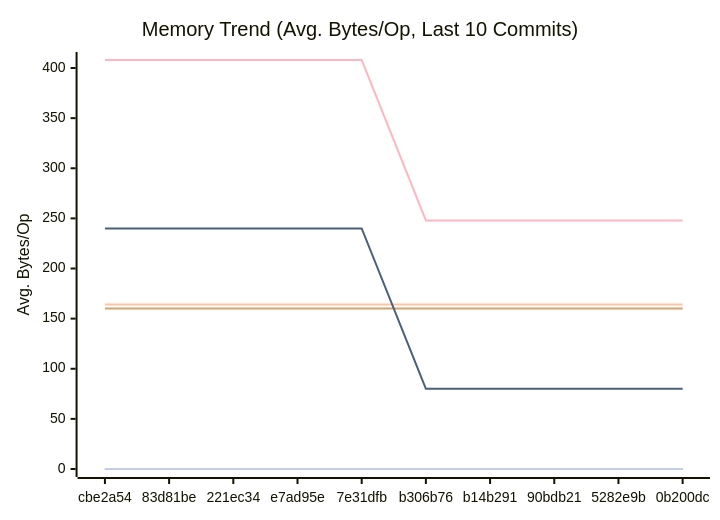
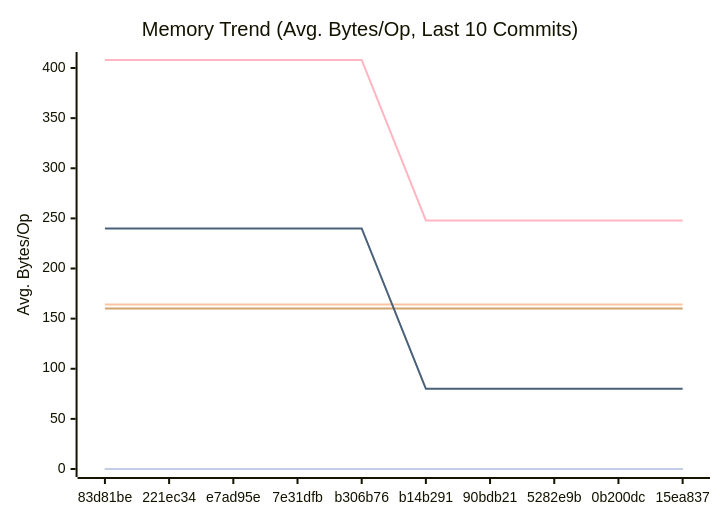
Before and after one commit to alsotoes/momo: the second of 3 diagrams in docs/PERFORMANCE.md, drawn with Mermaid. The commit also changed other lines of this file and 2 other files, not shown here.

````diff
--- a/docs/PERFORMANCE.md
+++ b/docs/PERFORMANCE.md
@@ -97,16 +97,16 @@
 ```mermaid
 xychart-beta
     title "Memory Trend (Avg. Bytes/Op, Last 10 Commits)"
     x-axis "Commit"
     y-axis "Avg. Bytes/Op"
-    x-axis [cbe2a54,83d81be,221ec34,e7ad95e,7e31dfb,b306b76,b14b291,90bdb21,5282e9b,0b200dc]
+    x-axis [83d81be,221ec34,e7ad95e,7e31dfb,b306b76,b14b291,90bdb21,5282e9b,0b200dc,15ea837]
     line "CheckMetricsAndSwap" [0,0,0,0,0,0,0,0,0,0]
     line "CrushOptimized" [0,0,0,0,0,0,0,0,0,0]
     line "CrushOriginal" [164,164,164,164,164,164,164,164,164,164]
     line "IndexDirectTracking" [0,0,0,0,0,0,0,0,0,0]
     line "IndexSearch" [0,0,0,0,0,0,0,0,0,0]
     line "LoadGlobalConfig" [160,160,160,160,160,160,160,160,160,160]
     line "PadString" [0,0,0,0,0,0,0,0,0,0]
     line "ParseReplicationOrder_NoPrealloc" [408,408,408,408,408,248,248,248,248,248]
     line "ParseReplicationOrder_Prealloc" [240,240,240,240,240,80,80,80,80,80]
 ```
````
